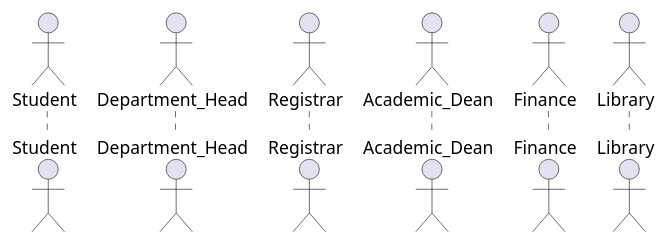
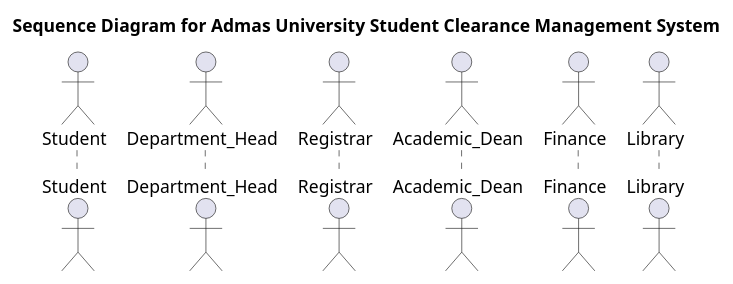
Before and after one commit to Betty-edit/AU-Student-Clearance-Management-System: the diagram in Sed-diag.plantuml, drawn with PlantUML.

Commit message:
Added title to Sequence Diagram

```diff
--- a/Sed-diag.plantuml
+++ b/Sed-diag.plantuml
@@ -1,10 +1,13 @@
 @startuml seq_diagram
+
+title Sequence Diagram for Admas University Student Clearance Management System
+
 actor Student as Student
 actor Department_Head as Department_Head
 actor Registrar as Registrar
 actor Academic_Dean as Academic_Dean
 actor Finance as Finance
 actor Library as Library
 
 
 @enduml
```
